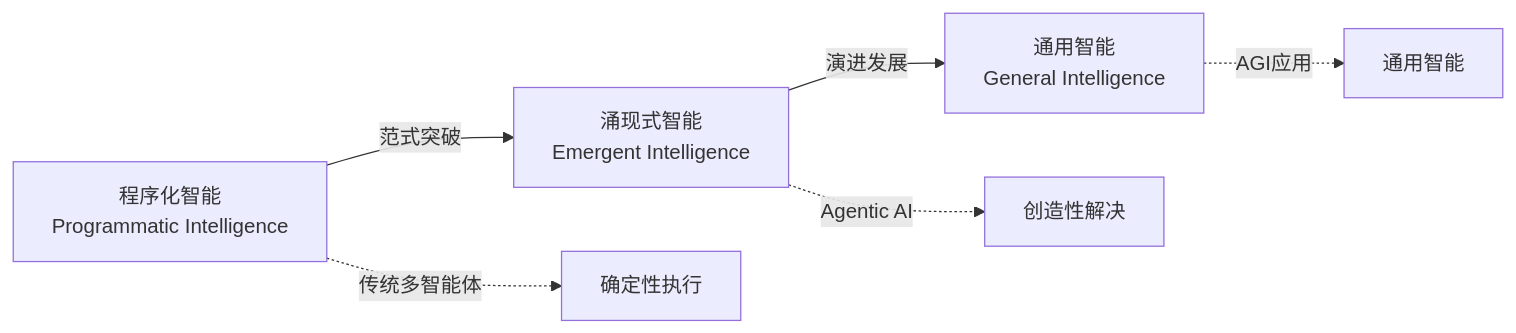
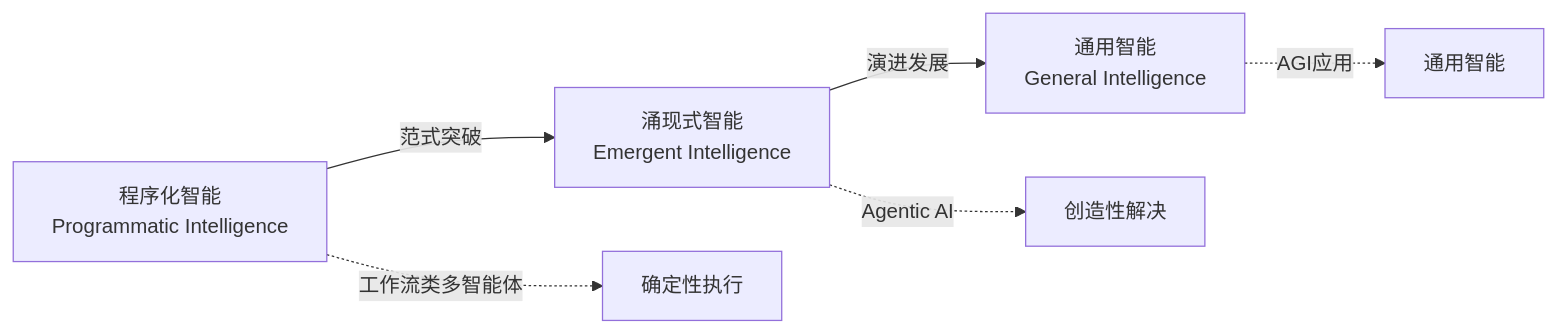
Diagram 19 of 19 in 前言部分/Agentic_AI：通向AGI应用的关键前站与智能涌现之路.md (youyoude/agi-app-dev-guide-book), drawn with Mermaid before and after one commit. The commit also changed other lines of this file, not shown here.

````diff
--- a/前言部分/Agentic_AI：通向AGI应用的关键前站与智能涌现之路.md
+++ b/前言部分/Agentic_AI：通向AGI应用的关键前站与智能涌现之路.md
@@ -954,9 +954,9 @@
 ```mermaid
 graph LR
     A[程序化智能<br/>Programmatic Intelligence] -->|范式突破| B[涌现式智能<br/>Emergent Intelligence]
     B -->|演进发展| C[通用智能<br/>General Intelligence]
     
-    A -.->|传统多智能体| A1[确定性执行]
+    A -.->|工作流类多智能体| A1[确定性执行]
     B -.->|Agentic AI| B1[创造性解决]
     C -.->|AGI应用| C1[通用智能]
 ```
````
